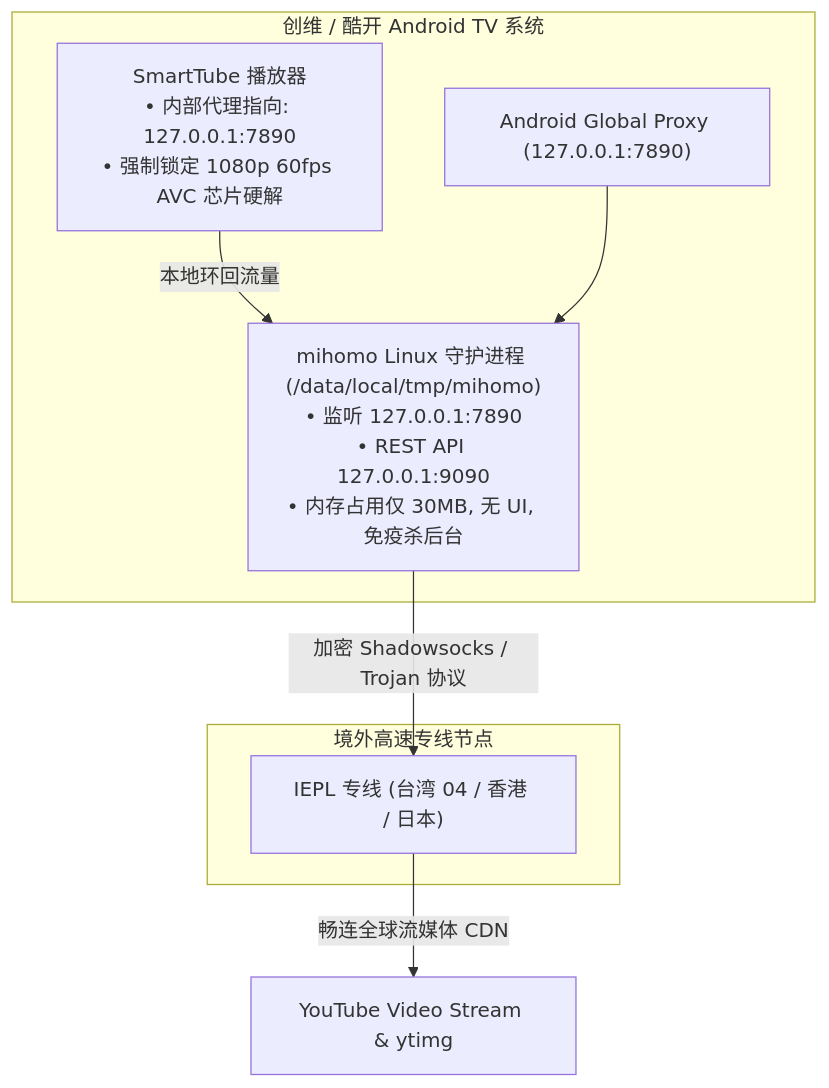
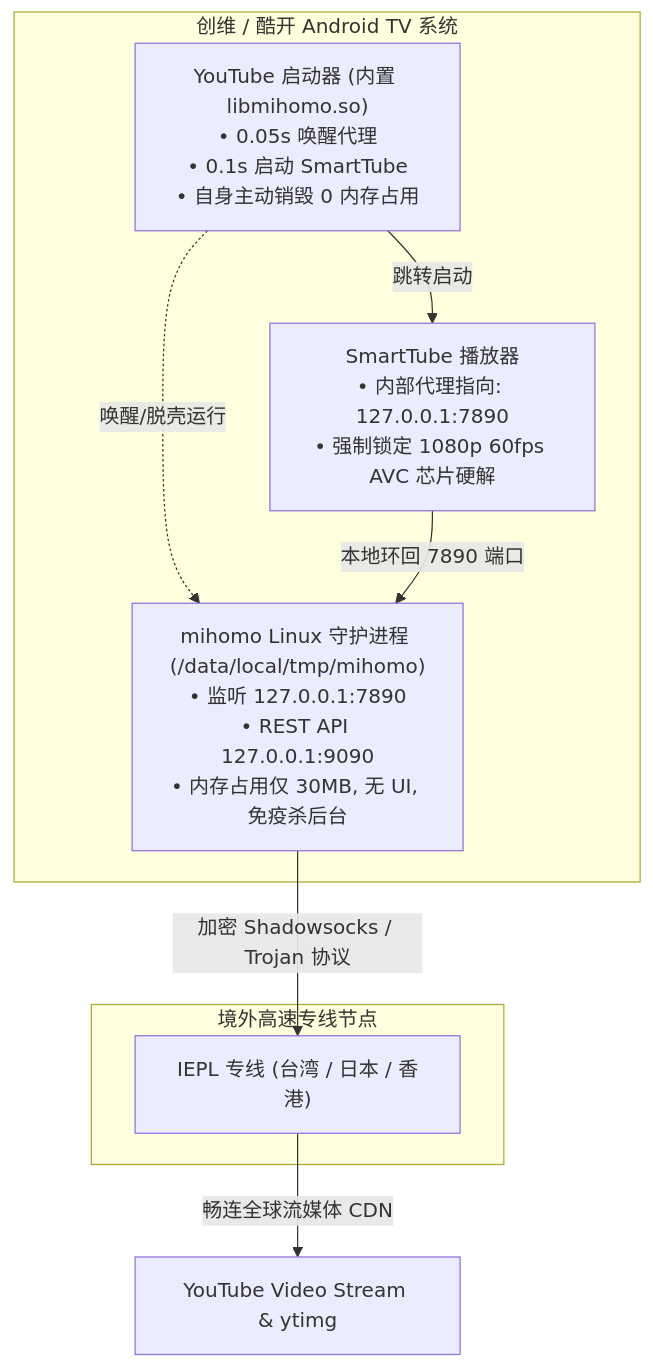
One commit to Rouen007/android-tv-youtube-proxy-troubleshooting changed the second of 2 diagrams in README.md. Above: the diagram before and after it, drawn with Mermaid. The commit also changed other lines of this file and 3 other files, not shown here.

Commit message:
docs: Update README and SKILL with Native YouTube Proxy Launcher architecture and 1-click tools

````diff
--- a/README.md
+++ b/README.md
@@ -214,17 +181,18 @@
 ```mermaid
 flowchart TD
     subgraph TV [创维 / 酷开 Android TV 系统]
         MihomoDaemon["mihomo Linux 守护进程 (/data/local/tmp/mihomo)<br>• 监听 127.0.0.1:7890<br>• REST API 127.0.0.1:9090<br>• 内存占用仅 30MB, 无 UI, 免疫杀后台"]
         SmartTubeApp["SmartTube 播放器<br>• 内部代理指向: 127.0.0.1:7890<br>• 强制锁定 1080p 60fps AVC 芯片硬解"]
-        GlobalProxy["Android Global Proxy (127.0.0.1:7890)"]
+        LauncherApp["YouTube 启动器 (内置 libmihomo.so)<br>• 0.05s 唤醒代理<br>• 0.1s 启动 SmartTube<br>• 自身主动销毁 0 内存占用"]
     end
 
     subgraph Transit [境外高速专线节点]
-        Node["IEPL 专线 (台湾 04 / 香港 / 日本)"]
+        Node["IEPL 专线 (台湾 / 日本 / 香港)"]
     end
 
-    SmartTubeApp -->|本地环回流量| MihomoDaemon
-    GlobalProxy --> MihomoDaemon
+    LauncherApp -.->|唤醒/脱壳运行| MihomoDaemon
+    LauncherApp -->|跳转启动| SmartTubeApp
+    SmartTubeApp -->|本地环回 7890 端口| MihomoDaemon
     MihomoDaemon -->|加密 Shadowsocks / Trojan 协议| Node
     Node -->|畅连全球流媒体 CDN| YouTube[YouTube Video Stream & ytimg]
 ```
````
